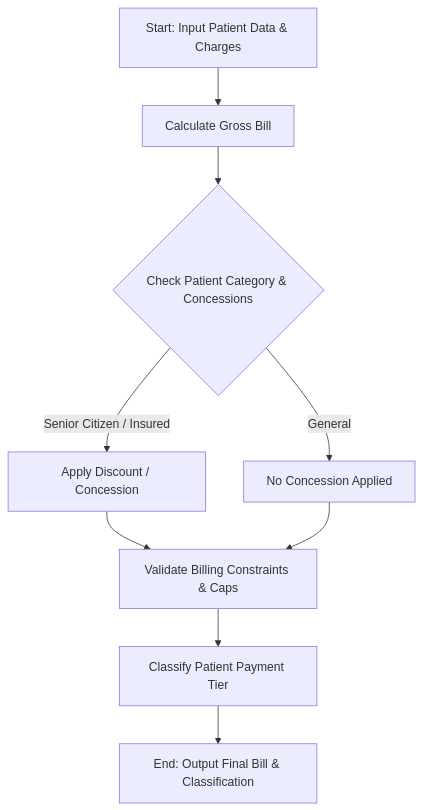
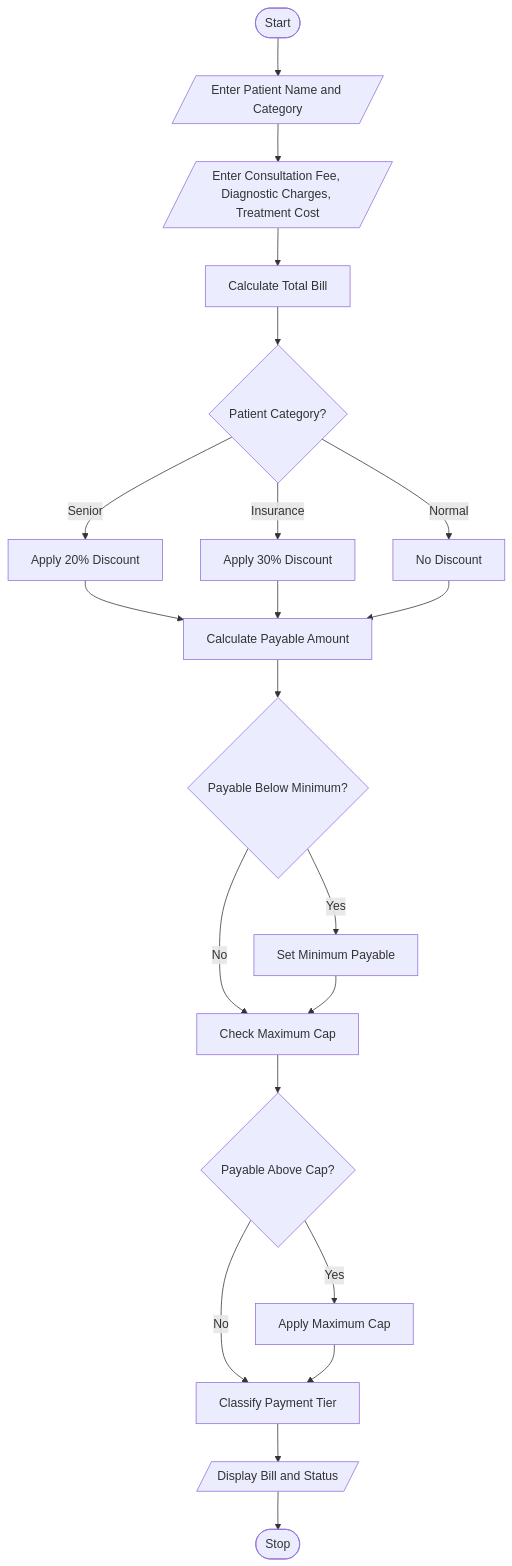
The diagram in task3/code.md (maheshjuvvanaboyina-glitch/python-activity-assignments), drawn with Mermaid before and after one commit. The commit also changed other lines of this file, not shown here.

````diff
--- a/task3/code.md
+++ b/task3/code.md
@@ -24,12 +23,23 @@
-```mermaid
+``` mermaid
 flowchart TD
-    A[Start: Input Patient Data & Charges] --> B[Calculate Gross Bill]
-    B --> C{Check Patient Category & Concessions}
-    C -->|Senior Citizen / Insured| D[Apply Discount / Concession]
-    C -->|General| E[No Concession Applied]
-    D --> F[Validate Billing Constraints & Caps]
-    E --> F
-    F --> G[Classify Patient Payment Tier]
-    G --> H[End: Output Final Bill & Classification]
-
+    A([Start]) --> B[/Enter Patient Name and Category/]
+    B --> C[/Enter Consultation Fee, Diagnostic Charges, Treatment Cost/]
+    C --> D[Calculate Total Bill]
+    D --> E{Patient Category?}
+    E -->|Senior| F[Apply 20% Discount]
+    E -->|Insurance| G[Apply 30% Discount]
+    E -->|Normal| H[No Discount]
+    F --> I[Calculate Payable Amount]
+    G --> I
+    H --> I
+    I --> J{Payable Below Minimum?}
+    J -->|Yes| K[Set Minimum Payable]
+    J -->|No| L[Check Maximum Cap]
+    K --> L
+    L --> M{Payable Above Cap?}
+    M -->|Yes| N[Apply Maximum Cap]
+    M -->|No| O[Classify Payment Tier]
+    N --> O
+    O --> P[/Display Bill and Status/]
+    P --> Q([Stop])
 ```
````
